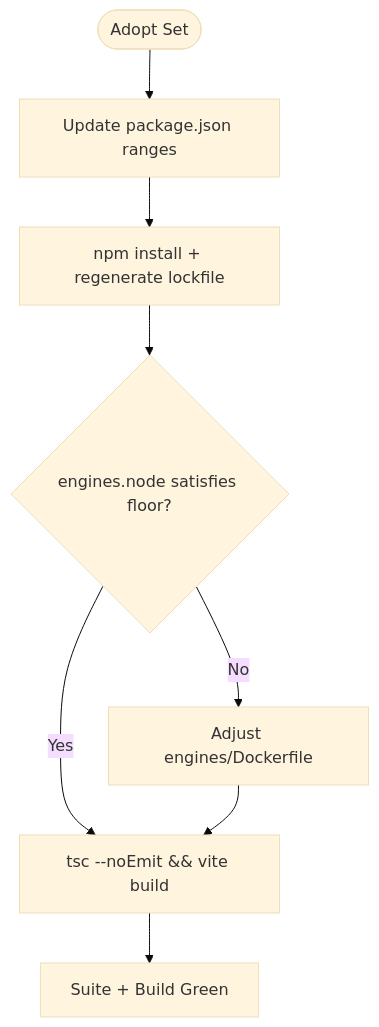
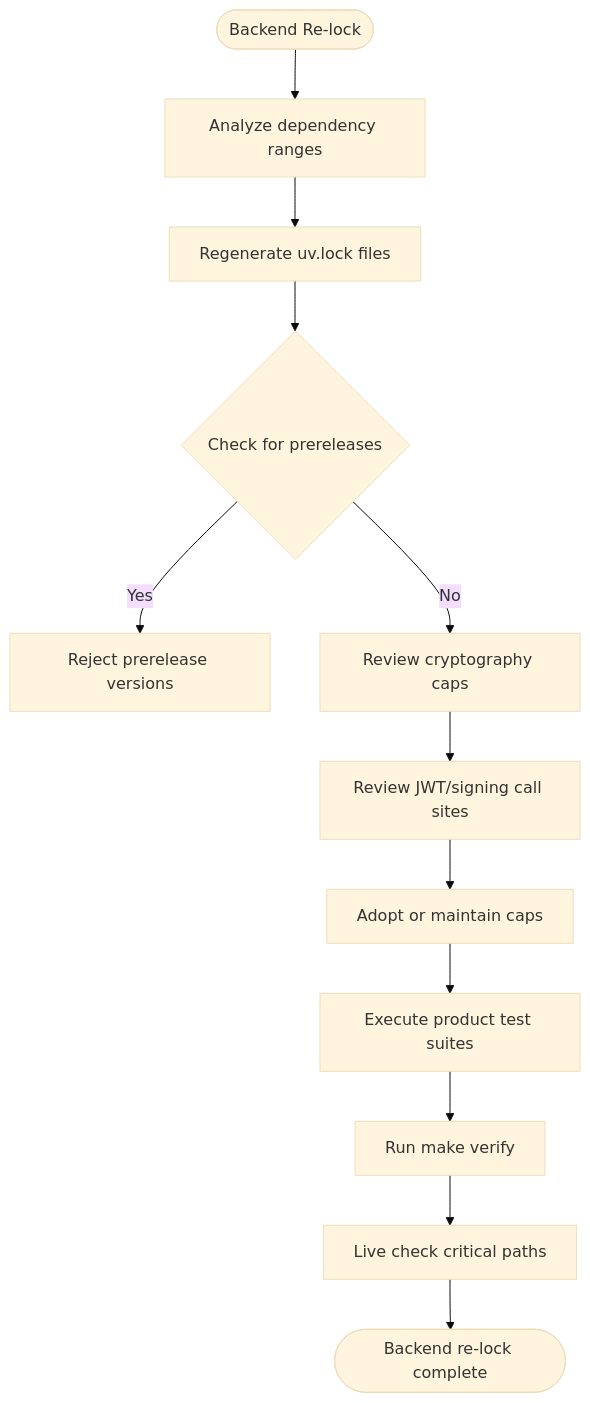
The fifth of 6 diagrams in .qoder/repowiki/en/content/Architecture Documentation/SPEC-042_ Portal Dependency Hygiene Specification.md (metasync/luban-aiops), drawn with Mermaid (base theme) before and after one commit. The commit also changed other lines of this file and 13 other files, not shown here.

````diff
--- a/.qoder/repowiki/en/content/Architecture Documentation/SPEC-042_ Portal Dependency Hygiene Specification.md
+++ b/.qoder/repowiki/en/content/Architecture Documentation/SPEC-042_ Portal Dependency Hygiene Specification.md
@@ -202,10 +264,14 @@
 ```mermaid
 flowchart TD
-Start(["Adopt Set"]) --> UpdatePkg["Update package.json ranges"]
-UpdatePkg --> Install["npm install + regenerate lockfile"]
-Install --> CheckEngines{"engines.node satisfies floor?"}
-CheckEngines --> |Yes| BuildGate["tsc --noEmit && vite build"]
-CheckEngines --> |No| FixNode["Adjust engines/Dockerfile"]
-BuildGate --> Verify["Suite + Build Green"]
-FixNode --> BuildGate
+Start(["Backend Re-lock"]) --> AnalyzeRanges["Analyze dependency ranges"]
+AnalyzeRanges --> RegenerateLocks["Regenerate uv.lock files"]
+RegenerateLocks --> CheckVersions{"Check for prereleases"}
+CheckVersions --> |Yes| Reject["Reject prerelease versions"]
+CheckVersions --> |No| VerifyCrypto["Review cryptography caps"]
+VerifyCrypto --> ReviewCallSites["Review JWT/signing call sites"]
+ReviewCallSites --> MakeDecision["Adopt or maintain caps"]
+MakeDecision --> RunTests["Execute product test suites"]
+RunTests --> VerifyGate["Run make verify"]
+VerifyGate --> LiveCheck["Live check critical paths"]
+LiveCheck --> Complete(["Backend re-lock complete"])
 ```
````
